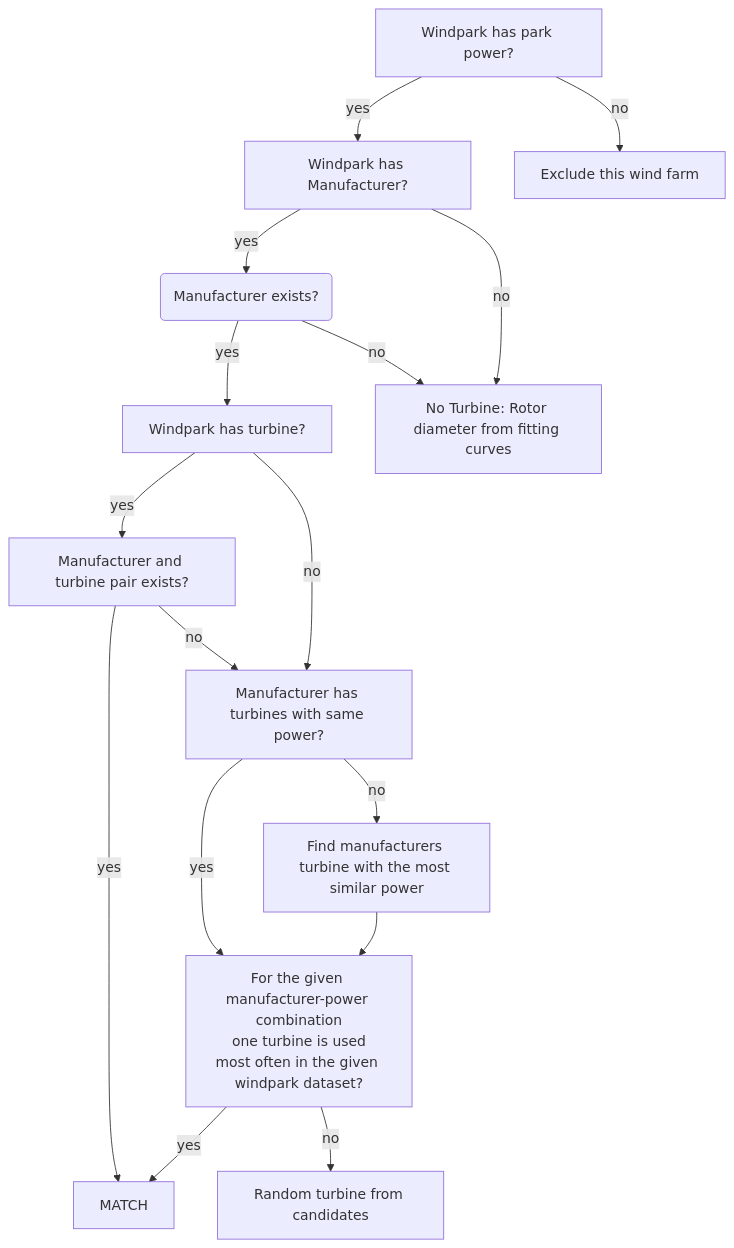
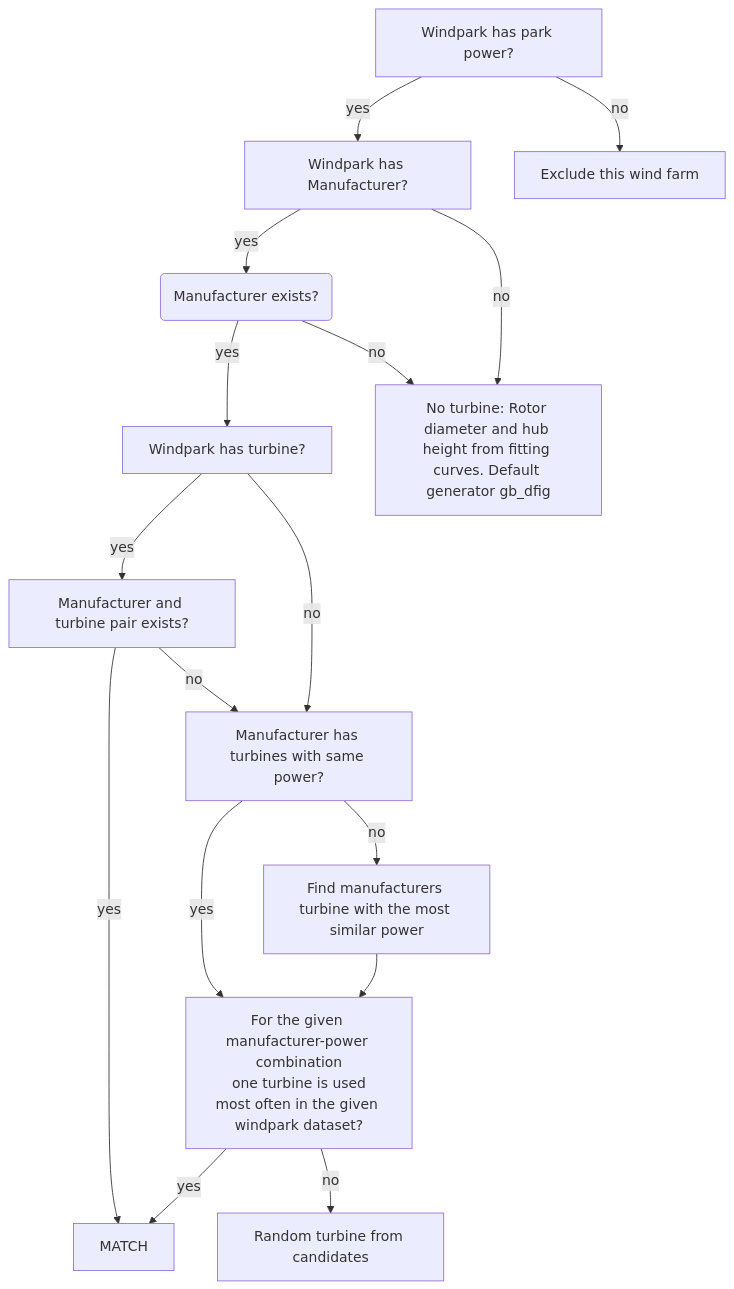
Before and after one commit to LIVENlab/JW4A_D1_1: the diagram in turbine_matching.md, drawn with Mermaid.

````diff
--- a/turbine_matching.md
+++ b/turbine_matching.md
@@ -3,22 +3,22 @@
 ```mermaid
 graph TD
     HasParPower[Windpark has park power?]
     HasParPower -- yes --> HasMan
     HasParPower -- no --> EXCLUDE[Exclude this wind farm]
     HasMan[Windpark has Manufacturer?]
     HasMan -- yes --> ManExists
-    HasMan -- " no " --> MAN_FIT_CURVE[No Turbine: Rotor diameter from fitting curves]
+    HasMan -- " no " --> MAN_FIT_CURVE[No turbine: Rotor diameter and hub height from fitting curves. Default generator gb_dfig]
     ManExists(Manufacturer exists?)
     ManExists -- yes --> WPHasTurbine?
     ManExists -- " no " --> MAN_FIT_CURVE
     WPHasTurbine?[Windpark has turbine?]
     WPHasTurbine? -- yes --> ManTurbinePairExists?[Manufacturer and turbine pair exists?]
     WPHasTurbine? -- no --> PowerMatch?[Manufacturer has turbines with same power?]
     PowerMatch? -- " yes " --> OneMostCommon?
     PowerMatch? -- no --> CLOSEST[Find manufacturers turbine with the most similar power]
     CLOSEST --> OneMostCommon?[For the given manufacturer-power combination\n one turbine is used most often in the given windpark dataset?]
     OneMostCommon? -- " yes " --> MATCH
     OneMostCommon? -- no --> RND[Random turbine from candidates]
     ManTurbinePairExists? -- " yes " --> MATCH
     ManTurbinePairExists? -- no --> PowerMatch?
 ```
````
